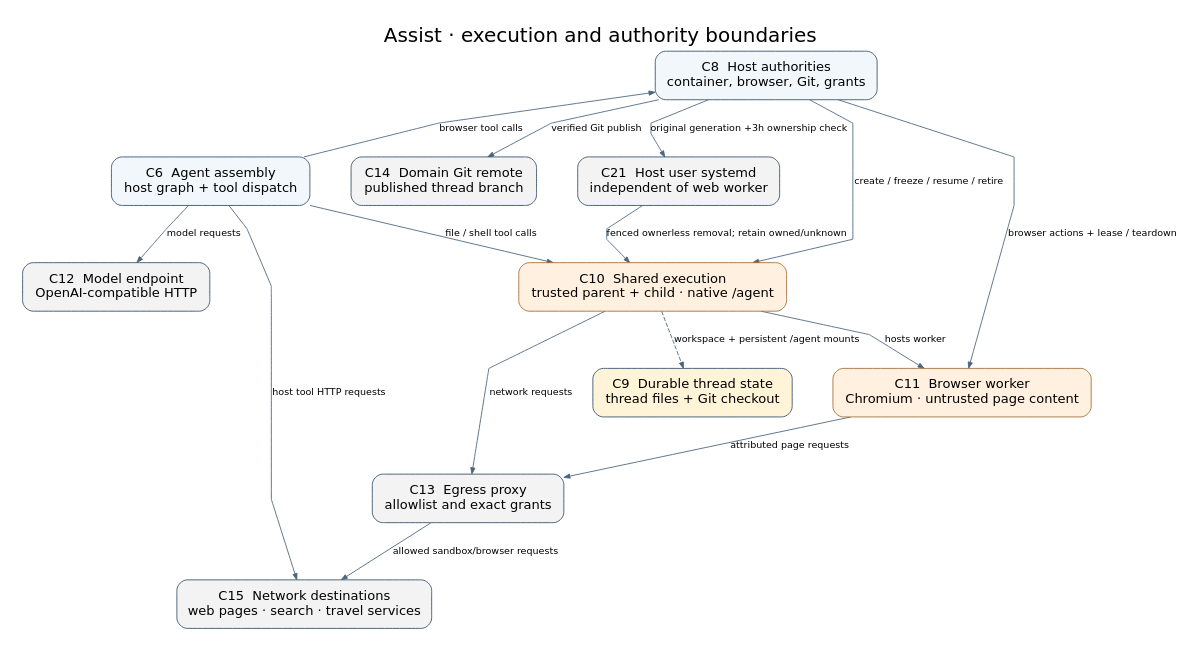
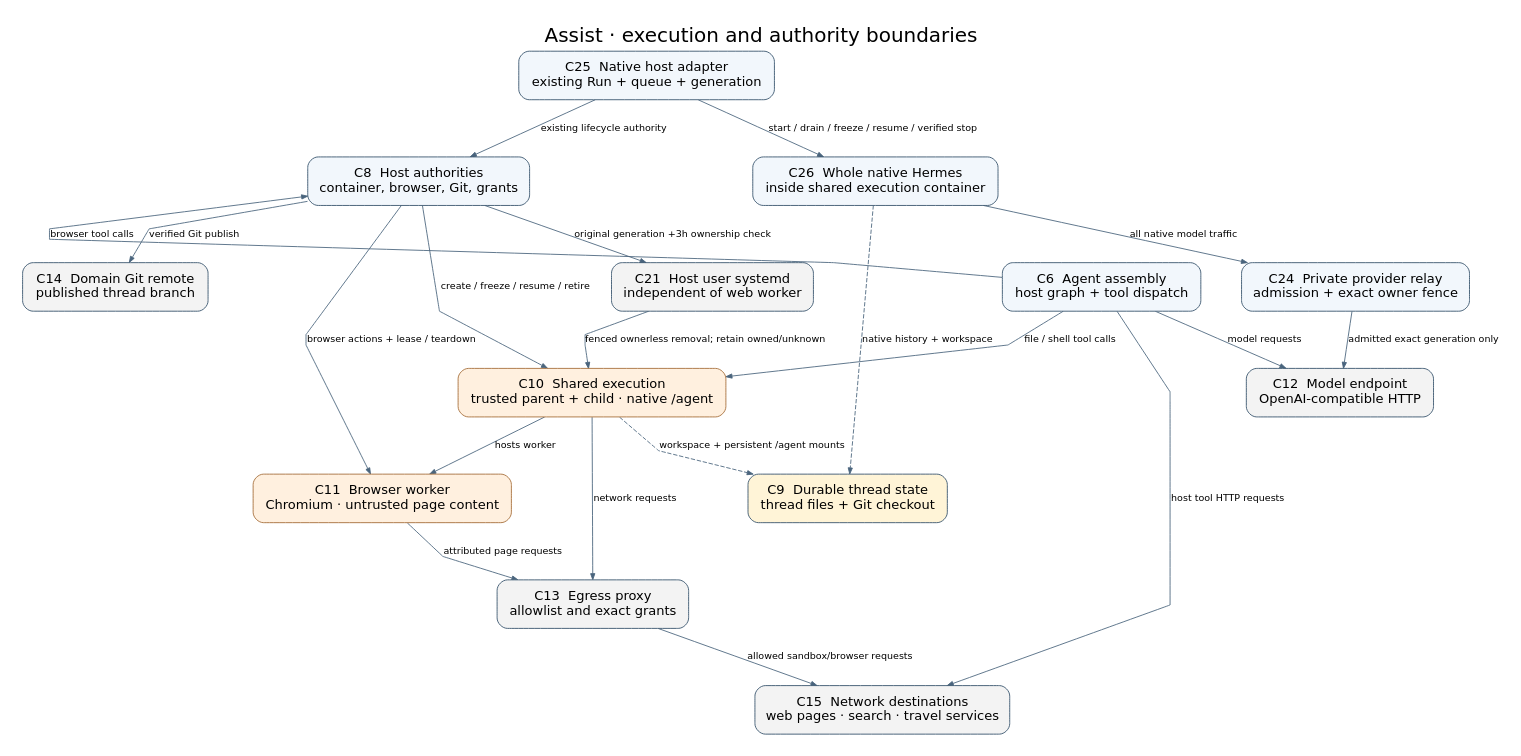
The diagram in docs/architecture-boundaries.dot (pierrel/assist), drawn with Graphviz before and after one commit. The commit also changed 31 other files, not shown here.

First line of the commit message:
Run pinned native Hermes with retained fair scheduling

```diff
--- a/docs/architecture-boundaries.dot
+++ b/docs/architecture-boundaries.dot
@@ -1,44 +1,52 @@
 digraph Boundaries {
   graph [label="Assist · execution and authority boundaries", labelloc=t,
          fontname="DejaVu Sans", fontsize=23, bgcolor="white",
          rankdir=TB, pad=0.25, nodesep=0.65, ranksep=0.75,
          splines=polyline, outputorder=edgesfirst];
   node [shape=box, style="rounded,filled", color="#34506a",
         fillcolor="#f2f7fc", fontname="DejaVu Sans", fontsize=15,
         margin="0.20,0.15"];
   edge [fontname="DejaVu Sans", fontsize=11, color="#49647d",
         arrowsize=0.7];
 
   C6 [label="C6  Agent assembly\nhost graph + tool dispatch"];
   C8 [label="C8  Host authorities\ncontainer, browser, Git, grants"];
   C9 [label="C9  Durable thread state\nthread files + Git checkout",
       fillcolor="#fff4d7"];
   C10 [label="C10  Shared execution\ntrusted parent + child · native /agent",
        fillcolor="#fff0df", color="#a46b36"];
   C11 [label="C11  Browser worker\nChromium · untrusted page content",
        fillcolor="#fff0df", color="#a46b36"];
   C12 [label="C12  Model endpoint\nOpenAI-compatible HTTP",
        fillcolor="#f3f3f3"];
   C13 [label="C13  Egress proxy\nallowlist and exact grants",
        fillcolor="#f3f3f3"];
   C14 [label="C14  Domain Git remote\npublished thread branch",
        fillcolor="#f3f3f3"];
   C15 [label="C15  Network destinations\nweb pages · search · travel services",
        fillcolor="#f3f3f3"];
+  C25 [label="C25  Native host adapter\nexisting Run + queue + generation"];
+  C24 [label="C24  Private provider relay\nadmission + exact owner fence"];
+  C26 [label="C26  Whole native Hermes\ninside shared execution container"];
   C21 [label="C21  Host user systemd\nindependent of web worker", fillcolor="#f3f3f3"];
 
+  C25 -> C8 [label="existing lifecycle authority"];
+  C25 -> C26 [label="start / drain / freeze / resume / verified stop"];
+  C26 -> C24 [label="all native model traffic"];
+  C24 -> C12 [label="admitted exact generation only"];
+  C26 -> C9 [label="native history + workspace", style=dashed];
   C6 -> C10 [label="file / shell tool calls"];
   C6 -> C8 [label="browser tool calls", constraint=false];
   C6 -> C12 [label="model requests"];
   C6 -> C15 [label="host tool HTTP requests"];
   C8 -> C10 [label="create / freeze / resume / retire"];
   C8 -> C21 [label="original generation +3h ownership check"];
   C21 -> C10 [label="fenced ownerless removal; retain owned/unknown"];
   C8 -> C11 [label="browser actions + lease / teardown"];
   C8 -> C14 [label="verified Git publish"];
   C10 -> C11 [label="hosts worker"];
   C10 -> C13 [label="network requests"];
   C11 -> C13 [label="attributed page requests"];
   C13 -> C15 [label="allowed sandbox/browser requests"];
   C10 -> C9 [label="workspace + persistent /agent mounts", style=dashed];
 }
```
